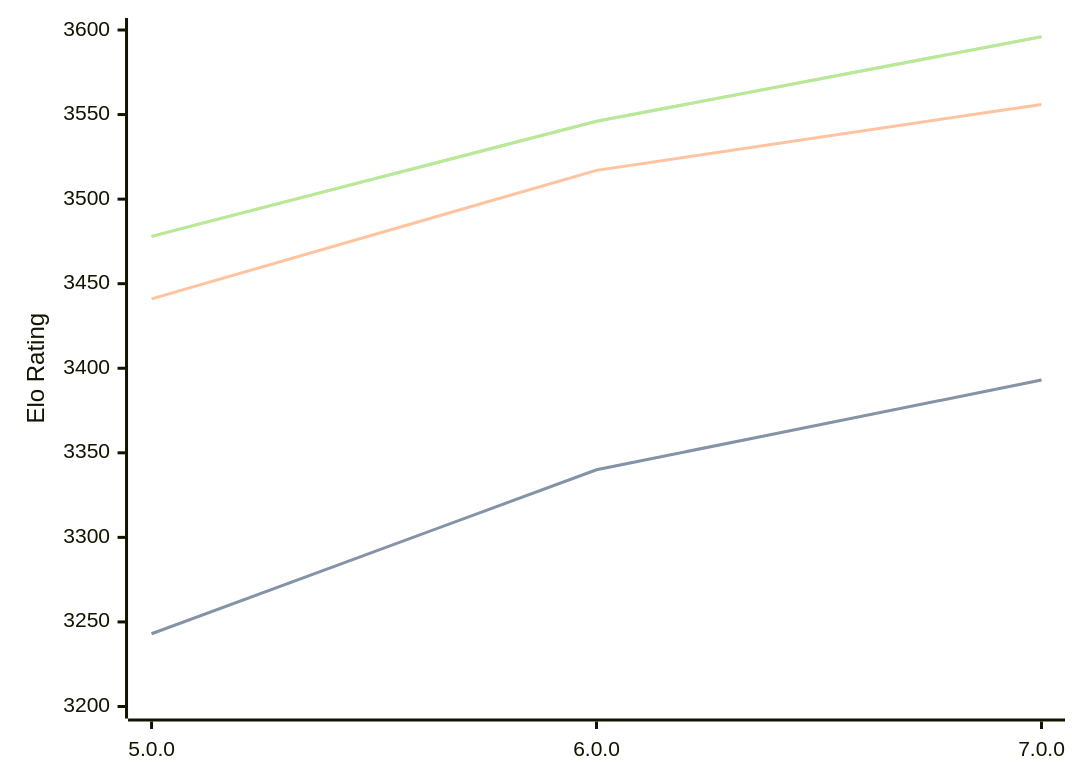
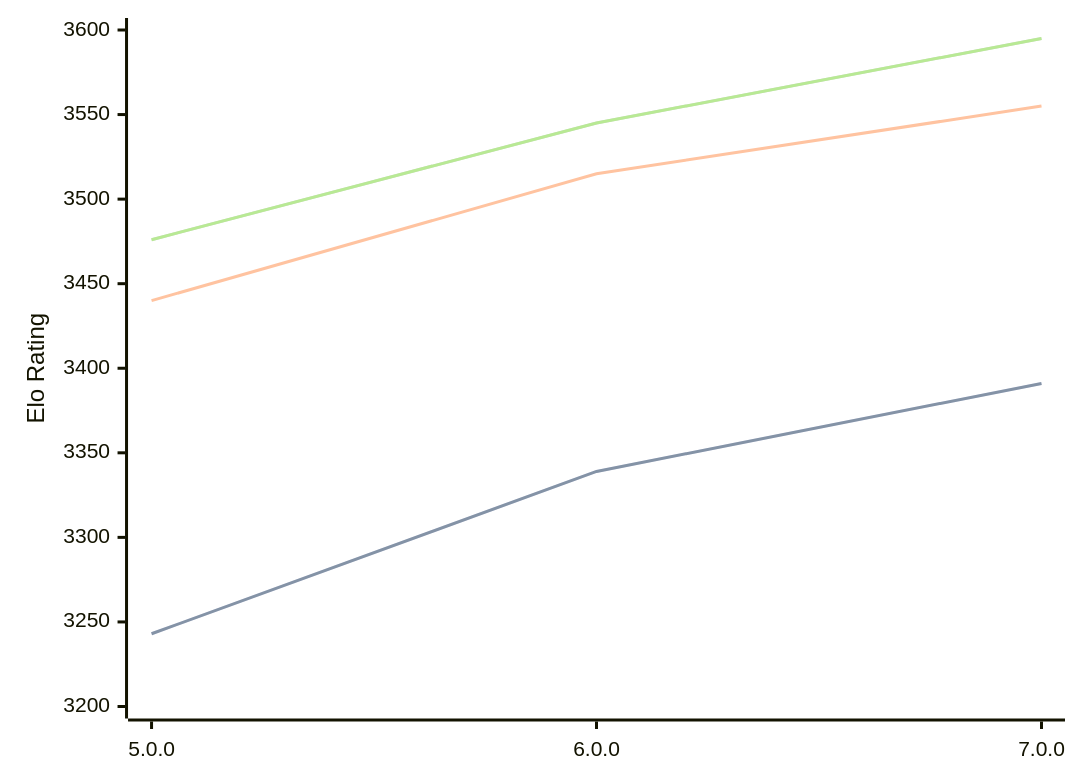
The diagram in engines/Stormphrax.md (computer-chess-index/cci), drawn with Mermaid before and after one commit. The commit also changed other lines of this file, not shown here.

Commit message:
Update CCI Ratings (ELO VLTC) - 2026-03-07

````diff
--- a/engines/Stormphrax.md
+++ b/engines/Stormphrax.md
@@ -36,11 +36,11 @@
 ```mermaid
 %%{init: {"theme":"base","themeVariables":{"seriesColors:['#a3a3a3','#222221','#faa371']}}}%%
 xychart-beta
   x-axis ["5.0.0", "6.0.0", "7.0.0"]
   y-axis "Elo Rating" 3200 --> 3600
-  line "STC (8.0+0.08s)" [3243, 3340, 3393]
-  line "STC (8.0+0.08s)" [3243, 3340, 3393]
-  line "LTC (60.0+0.60s)" [3441, 3517, 3556]
-  line "VLTC (2m24s+1.12s)" [3478, 3546, 3596]
-  line "VLTC (2m24s+1.12s)" [3478, 3546, 3596]
+  line "STC (8.0+0.08s)" [3243, 3339, 3391]
+  line "STC (8.0+0.08s)" [3243, 3339, 3391]
+  line "LTC (60.0+0.60s)" [3440, 3515, 3555]
+  line "VLTC (2m24s+1.12s)" [3476, 3545, 3595]
+  line "VLTC (2m24s+1.12s)" [3476, 3545, 3595]
 ```
````
